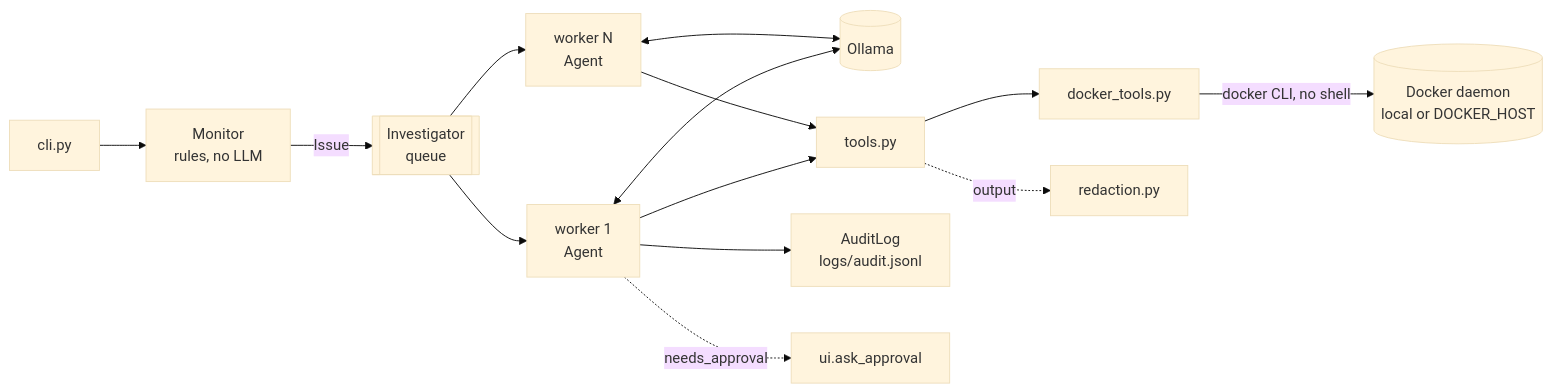
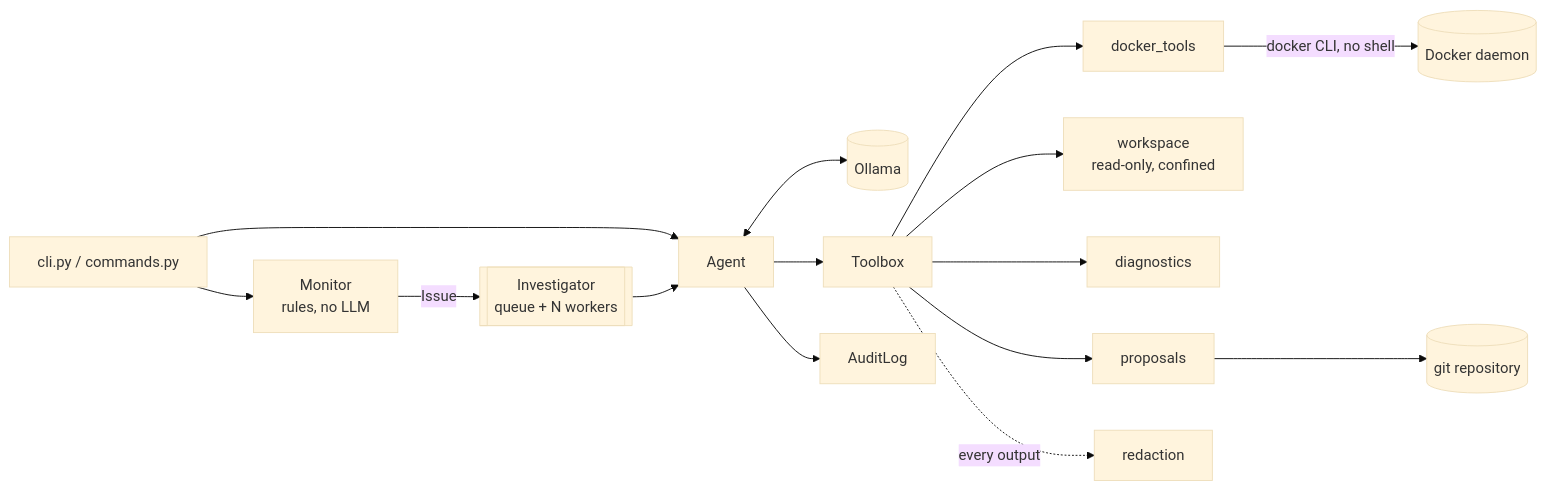
The second of 2 diagrams in README.md (umdevaprendiz/agents-DevOps), drawn with Mermaid (base theme) before and after one commit. The commit also changed other lines of this file and 2 other files, not shown here.

````diff
--- a/README.md
+++ b/README.md
@@ -71,16 +154,17 @@
 ```mermaid
 flowchart LR
-    CLI["cli.py"] --> Monitor["Monitor<br/>rules, no LLM"]
-    Monitor -- "Issue" --> Queue[["Investigator<br/>queue"]]
-    Queue --> W1["worker 1<br/>Agent"]
-    Queue --> WN["worker N<br/>Agent"]
-    W1 <--> Ollama[("Ollama")]
-    WN <--> Ollama
-    W1 --> Tools["tools.py"]
-    WN --> Tools
-    Tools --> DT["docker_tools.py"]
-    DT -- "docker CLI, no shell" --> Docker[("Docker daemon<br/>local or DOCKER_HOST")]
-    Tools -. "output" .-> Redact["redaction.py"]
-    W1 --> Audit["AuditLog<br/>logs/audit.jsonl"]
-    W1 -. "needs_approval" .-> UI["ui.ask_approval"]
+    CLI["cli.py / commands.py"] --> Monitor["Monitor<br/>rules, no LLM"]
+    CLI --> Agent["Agent"]
+    Monitor -- "Issue" --> Queue[["Investigator<br/>queue + N workers"]]
+    Queue --> Agent
+    Agent <--> Ollama[("Ollama")]
+    Agent --> Tools["Toolbox"]
+    Tools --> DT["docker_tools"]
+    Tools --> WS["workspace<br/>read-only, confined"]
+    Tools --> DG["diagnostics"]
+    Tools --> PR["proposals"]
+    PR --> Git[("git repository")]
+    DT -- "docker CLI, no shell" --> Docker[("Docker daemon")]
+    Tools -. "every output" .-> Redact["redaction"]
+    Agent --> Audit["AuditLog"]
 ```
````
